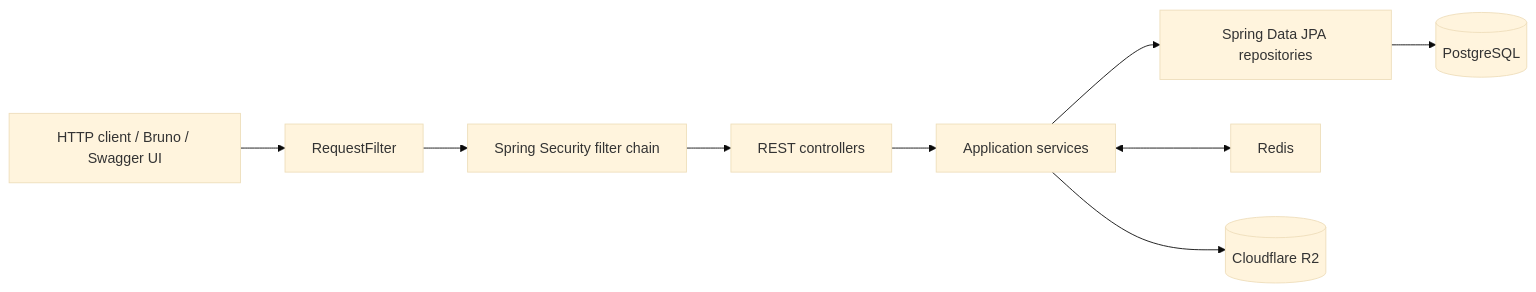
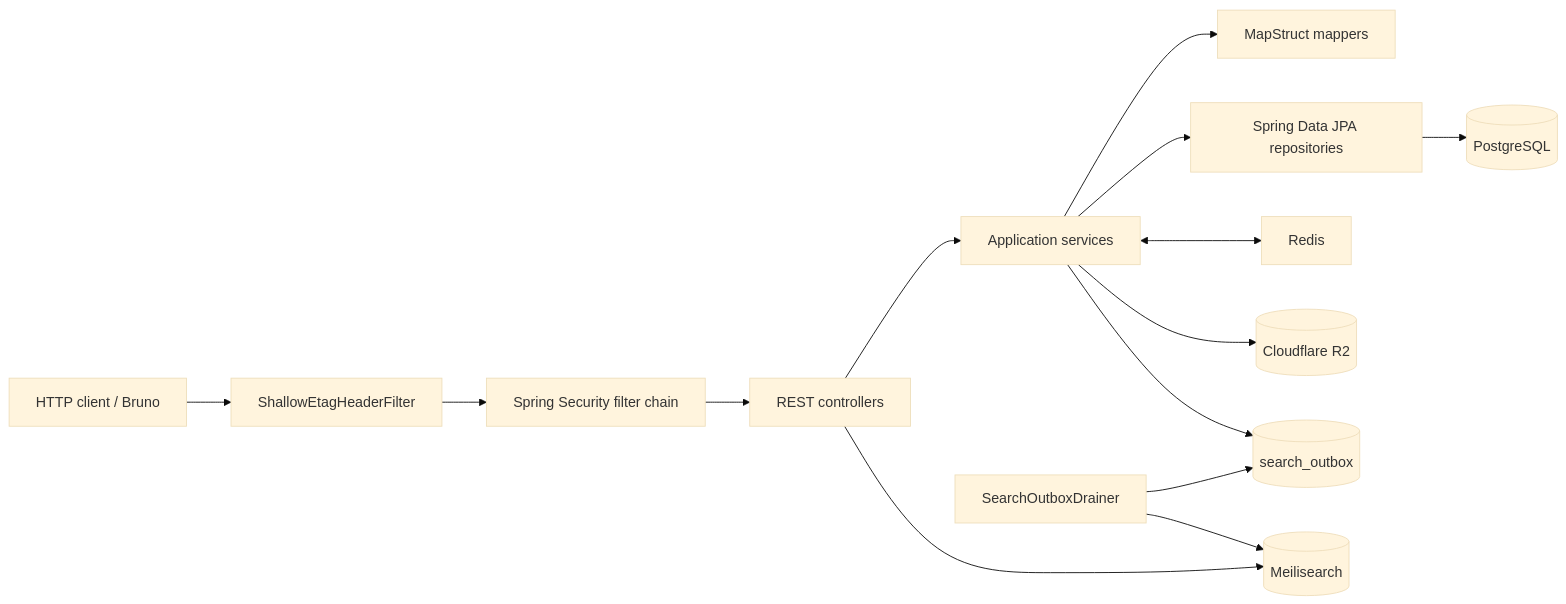
One commit to theinhumaneme/documan-java21 changed the first of 2 diagrams in README.md. Above: the diagram before and after it, drawn with Mermaid (base theme). The commit also changed other lines of this file and 156 other files, not shown here.

````diff
--- a/README.md
+++ b/README.md
@@ -118,21 +127,27 @@
 ```mermaid
 flowchart LR
-    Client[HTTP client / Bruno / Swagger UI]
-    Filter[RequestFilter]
+    Client[HTTP client / Bruno]
+    Etag[ShallowEtagHeaderFilter]
     Security[Spring Security filter chain]
     Controllers[REST controllers]
     Services[Application services]
+    Mappers[MapStruct mappers]
     Repositories[Spring Data JPA repositories]
     Cache[Redis]
     Database[(PostgreSQL)]
     R2[(Cloudflare R2)]
 
-    Client --> Filter
-    Filter --> Security
+    Client --> Etag
+    Etag --> Security
     Security --> Controllers
     Controllers --> Services
+    Services --> Mappers
     Services --> Repositories
     Repositories --> Database
     Services <--> Cache
     Services --> R2
+    Services --> Outbox[(search_outbox)]
+    Drainer[SearchOutboxDrainer] --> Outbox
+    Drainer --> Meili[(Meilisearch)]
+    Controllers --> Meili
 ```
````
